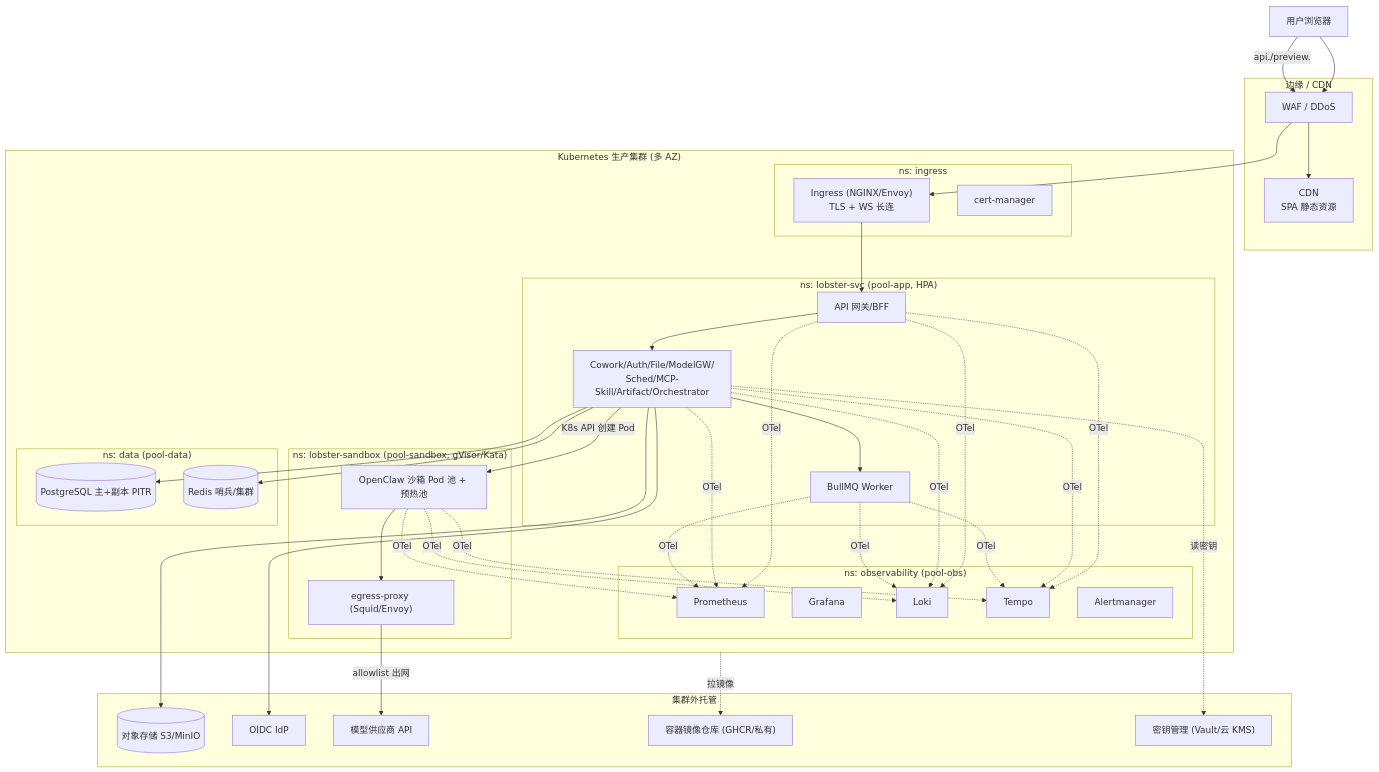
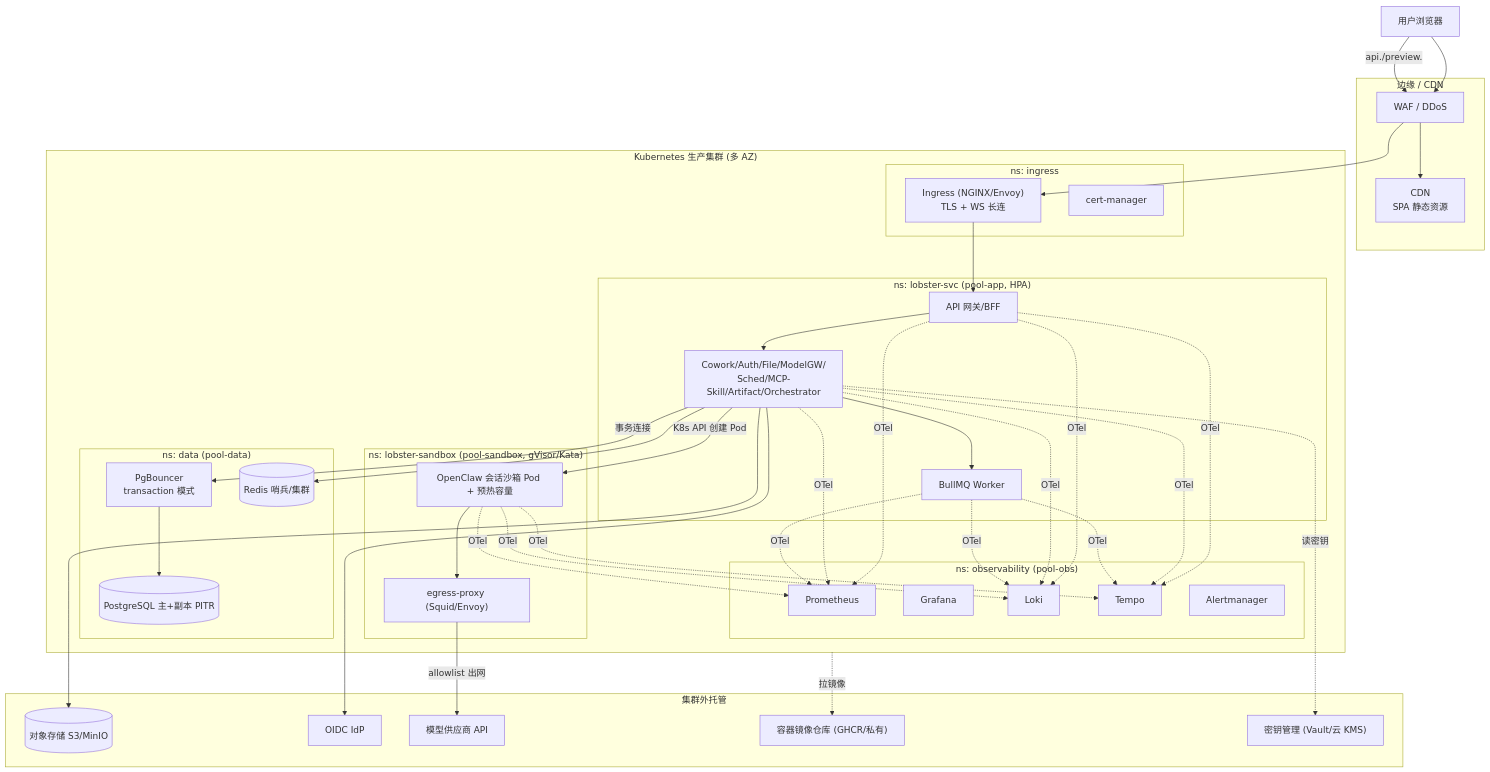
One commit to edward-ng-duke/LobsterAI changed the first of 7 diagrams in 改造计划/15-部署运维与可观测性.md. Above: the diagram before and after it, drawn with Mermaid. The commit also changed other lines of this file and 22 other files, not shown here.

````diff
--- a/改造计划/15-部署运维与可观测性.md
+++ b/改造计划/15-部署运维与可观测性.md
@@ -71,50 +79,52 @@
 ```mermaid
 flowchart TB
   User["用户浏览器"]
   subgraph Edge["边缘 / CDN"]
     CDN["CDN<br/>SPA 静态资源"]
     WAF["WAF / DDoS"]
   end
   subgraph K8s["Kubernetes 生产集群 (多 AZ)"]
     subgraph NsIngress["ns: ingress"]
       IG["Ingress (NGINX/Envoy)<br/>TLS + WS 长连"]
       CM["cert-manager"]
     end
     subgraph NsApp["ns: lobster-svc (pool-app, HPA)"]
       GW["API 网关/BFF"]
       SVC["Cowork/Auth/File/ModelGW/<br/>Sched/MCP-Skill/Artifact/Orchestrator"]
       WK["BullMQ Worker"]
     end
     subgraph NsSbx["ns: lobster-sandbox (pool-sandbox, gVisor/Kata)"]
-      POD["OpenClaw 沙箱 Pod 池 + 预热池"]
+      POD["OpenClaw 会话沙箱 Pod + 预热容量"]
       EGX["egress-proxy (Squid/Envoy)"]
     end
     subgraph NsData["ns: data (pool-data)"]
+      PGB["PgBouncer<br/>transaction 模式"]
       PG[("PostgreSQL 主+副本 PITR")]
       RD[("Redis 哨兵/集群")]
     end
     subgraph NsObs["ns: observability (pool-obs)"]
       PROM["Prometheus"]
       GRAF["Grafana"]
       LOKI["Loki"]
       TEMPO["Tempo"]
       ALERT["Alertmanager"]
     end
   end
   subgraph Ext["集群外托管"]
     S3[("对象存储 S3/MinIO")]
     IDP["OIDC IdP"]
     LLM["模型供应商 API"]
     REG["容器镜像仓库 (GHCR/私有)"]
     VAULT["密钥管理 (Vault/云 KMS)"]
   end
   User --> WAF --> CDN
   User -->|api./preview.| WAF --> IG
   IG --> GW --> SVC --> WK
   SVC -->|K8s API 创建 Pod| POD
   POD --> EGX -->|allowlist 出网| LLM
-  SVC --> PG & RD & S3 & IDP
+  SVC -->|事务连接| PGB --> PG
+  SVC --> RD & S3 & IDP
   GW & SVC & WK & POD -.OTel.-> PROM & LOKI & TEMPO
   K8s -.拉镜像.-> REG
   SVC -.读密钥.-> VAULT
 ```
````
